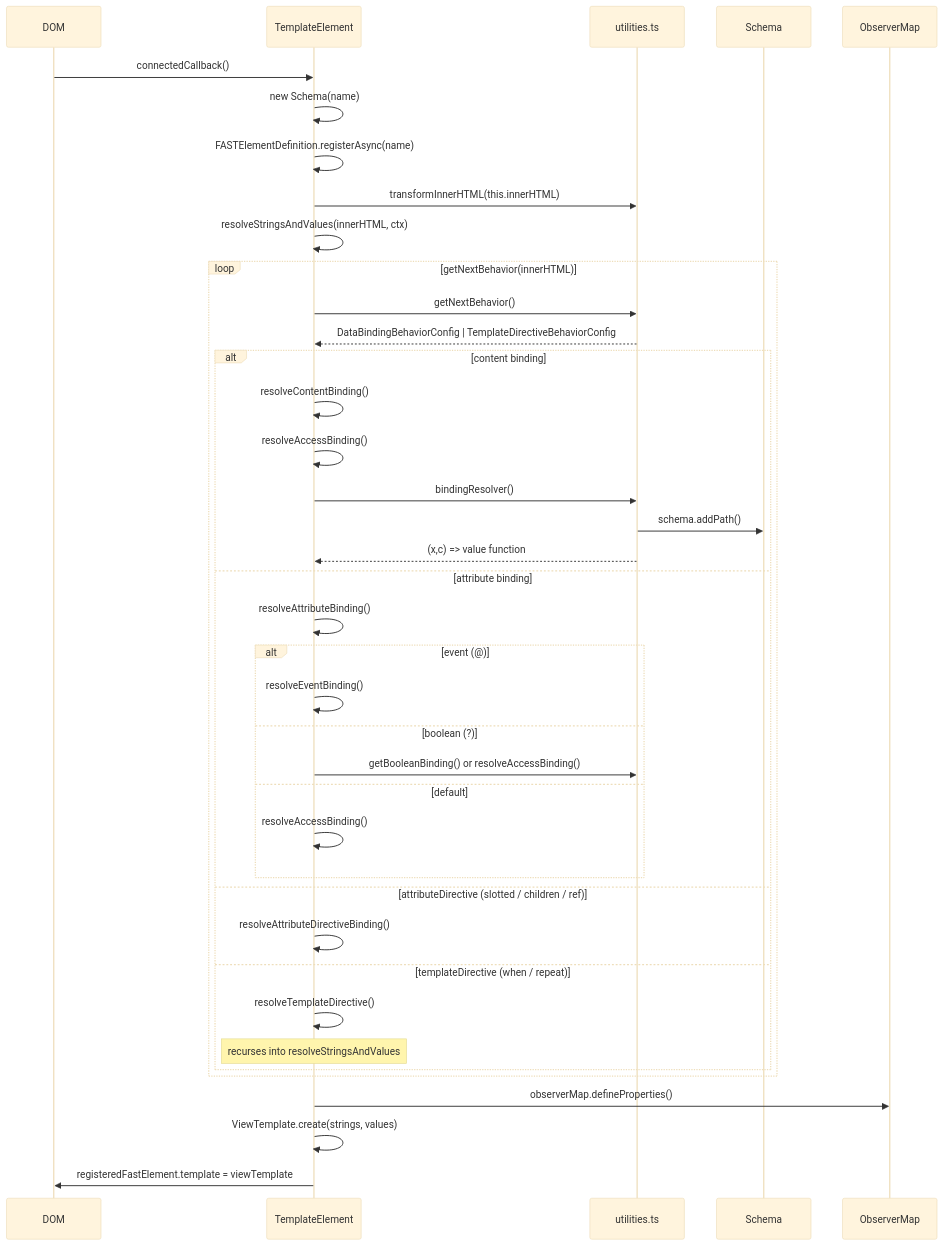
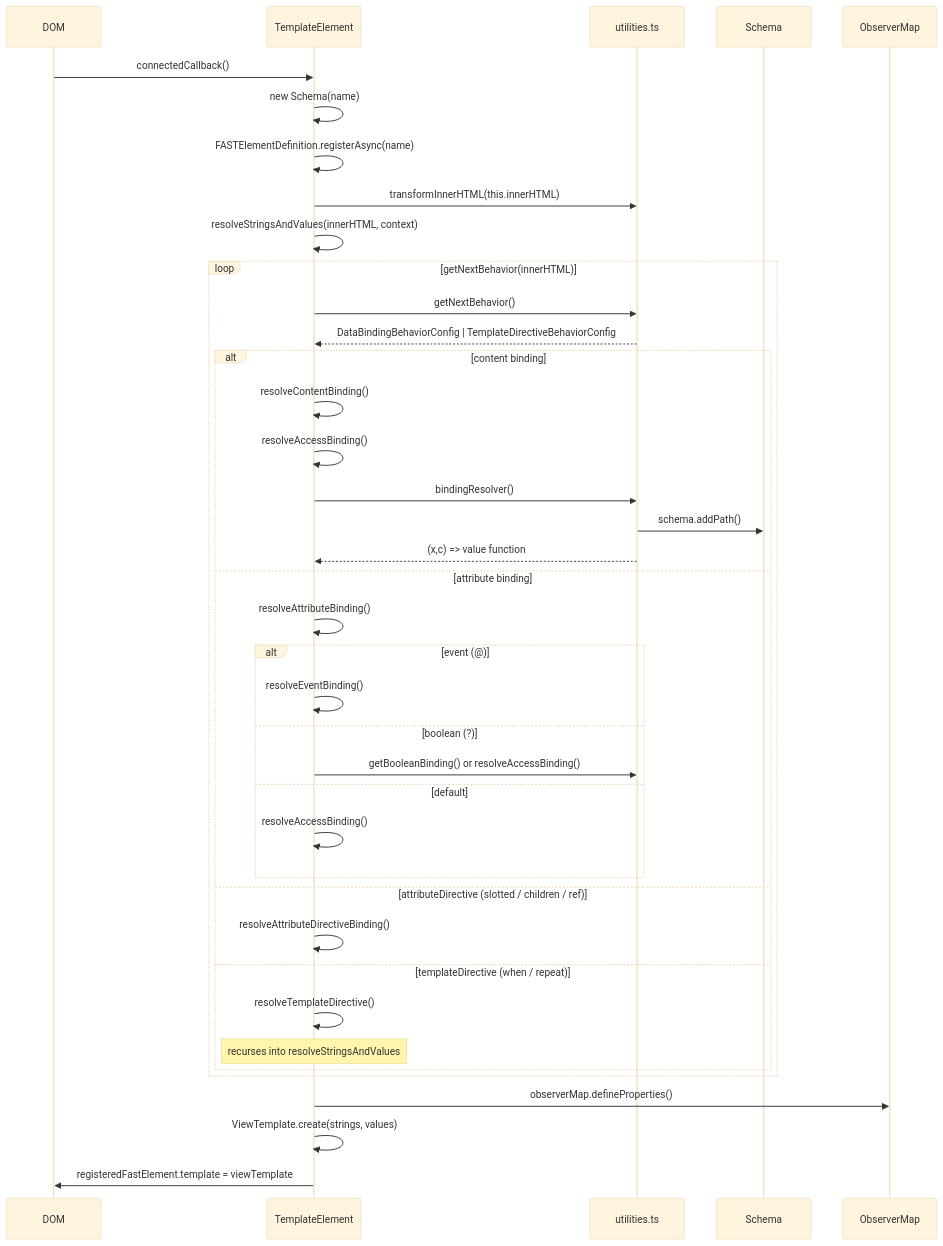
Before and after one commit to microsoft/fast: the second of 4 diagrams in packages/fast-html/DESIGN.md, drawn with Mermaid (base theme). The commit also changed 1 other file, not shown here.

Commit message:
refactor: rename ctx to context for clarity

````diff
--- a/packages/fast-html/DESIGN.md
+++ b/packages/fast-html/DESIGN.md
@@ -258,42 +258,42 @@
 ```mermaid
 sequenceDiagram
     participant DOM
     participant TE as TemplateElement
     participant U as utilities.ts
     participant S as Schema
     participant OM as ObserverMap
 
     DOM->>TE: connectedCallback()
     TE->>TE: new Schema(name)
     TE->>TE: FASTElementDefinition.registerAsync(name)
     TE->>U: transformInnerHTML(this.innerHTML)
-    TE->>TE: resolveStringsAndValues(innerHTML, ctx)
+    TE->>TE: resolveStringsAndValues(innerHTML, context)
     loop getNextBehavior(innerHTML)
         TE->>U: getNextBehavior()
         U-->>TE: DataBindingBehaviorConfig | TemplateDirectiveBehaviorConfig
         alt content binding
             TE->>TE: resolveContentBinding()
             TE->>TE: resolveAccessBinding()
             TE->>U: bindingResolver()
             U->>S: schema.addPath()
             U-->>TE: (x,c) => value function
         else attribute binding
             TE->>TE: resolveAttributeBinding()
             alt event (@)
                 TE->>TE: resolveEventBinding()
             else boolean (?)
                 TE->>U: getBooleanBinding() or resolveAccessBinding()
             else default
                 TE->>TE: resolveAccessBinding()
             end
         else attributeDirective (slotted / children / ref)
             TE->>TE: resolveAttributeDirectiveBinding()
         else templateDirective (when / repeat)
             TE->>TE: resolveTemplateDirective()
             note over TE: recurses into resolveStringsAndValues
         end
     end
     TE->>OM: observerMap.defineProperties()
     TE->>TE: ViewTemplate.create(strings, values)
     TE->>DOM: registeredFastElement.template = viewTemplate
 ```
````
